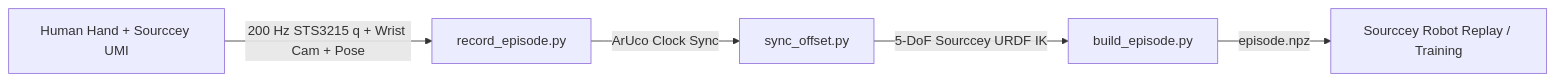
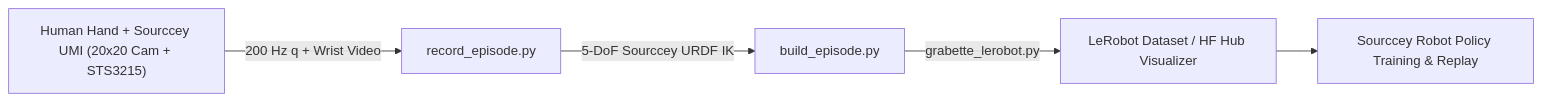
The diagram in README.md (meisaaczac/sourccey-umi), drawn with Mermaid before and after one commit. The commit also changed other lines of this file and 15 other files, not shown here.

Commit message:
Remove GoPro, fix audit bugs, and add Pollen Grabette + LeRobot bridge

````diff
--- a/README.md
+++ b/README.md
@@ -66,7 +67,7 @@
 ```mermaid
 flowchart LR
-    A["Human Hand + Sourccey UMI"] -->|"200 Hz STS3215 q + Wrist Cam + Pose"| B["record_episode.py"]
-    B -->|"ArUco Clock Sync"| C["sync_offset.py"]
-    C -->|"5-DoF Sourccey URDF IK"| D["build_episode.py"]
-    D -->|"episode.npz"| E["Sourccey Robot Replay / Training"]
+    A["Human Hand + Sourccey UMI (20x20 Cam + STS3215)"] -->|"200 Hz q + Wrist Video"| B["record_episode.py"]
+    B -->|"5-DoF Sourccey URDF IK"| C["build_episode.py"]
+    C -->|"grabette_lerobot.py"| D["LeRobot Dataset / HF Hub Visualizer"]
+    D --> E["Sourccey Robot Policy Training & Replay"]
 ```
````
